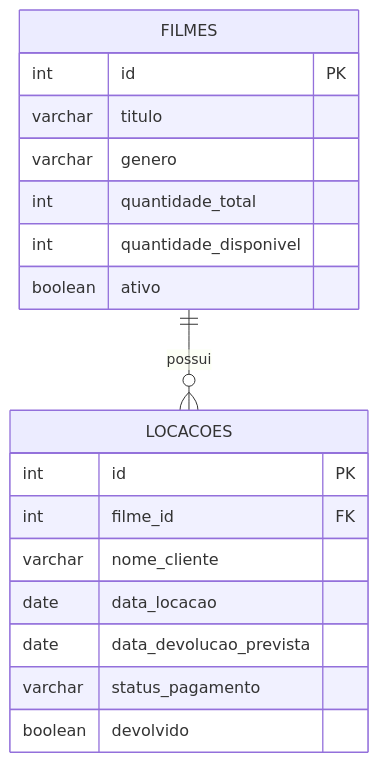
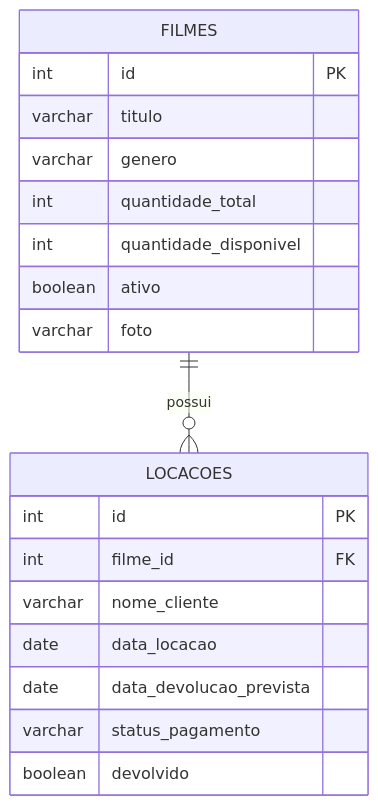
Before and after one commit to Hope0013/Projeto_QueFita_Site: the third of 6 diagrams in README.md, drawn with Mermaid. The commit also changed 21 other files, not shown here.

````diff
--- a/README.md
+++ b/README.md
@@ -222,22 +222,23 @@
 ```mermaid
 erDiagram
     FILMES {
         int id PK
         varchar titulo
         varchar genero
         int quantidade_total
         int quantidade_disponivel
         boolean ativo
+        varchar foto
     }
     LOCACOES {
         int id PK
         int filme_id FK
         varchar nome_cliente
         date data_locacao
         date data_devolucao_prevista
         varchar status_pagamento
         boolean devolvido
     }
     FILMES ||--o{ LOCACOES : "possui"
 
 ```
````
